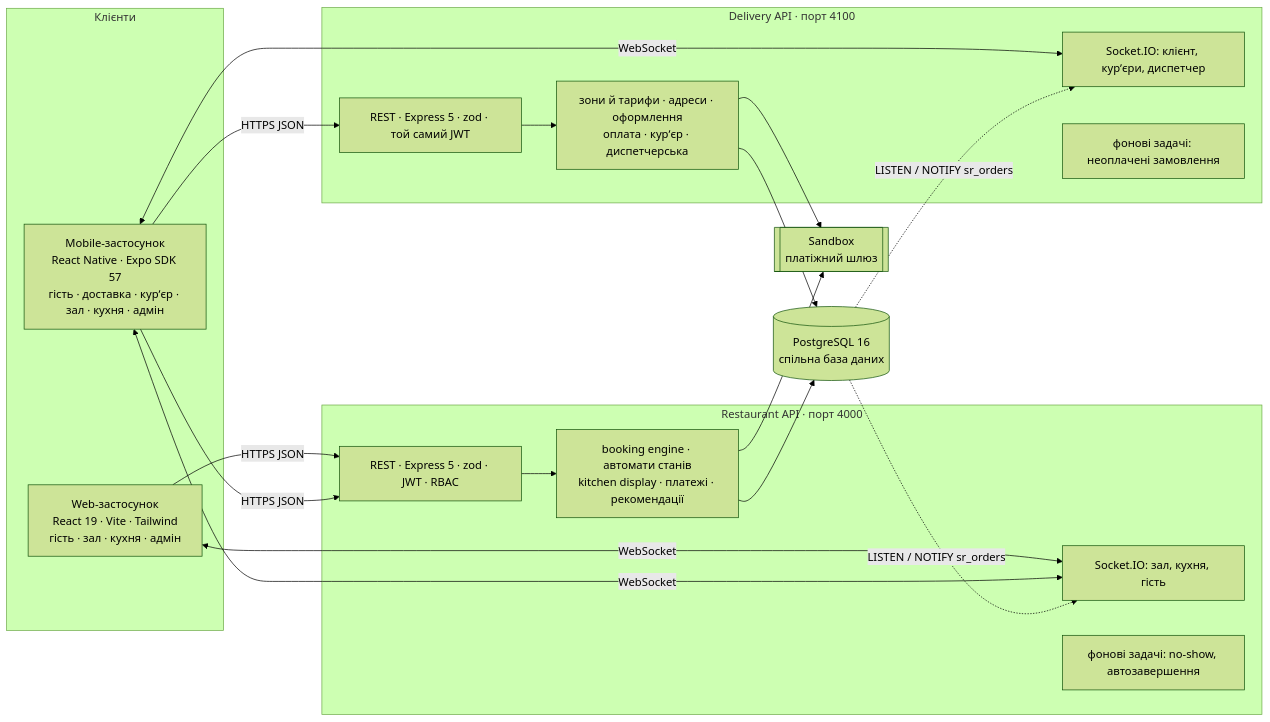
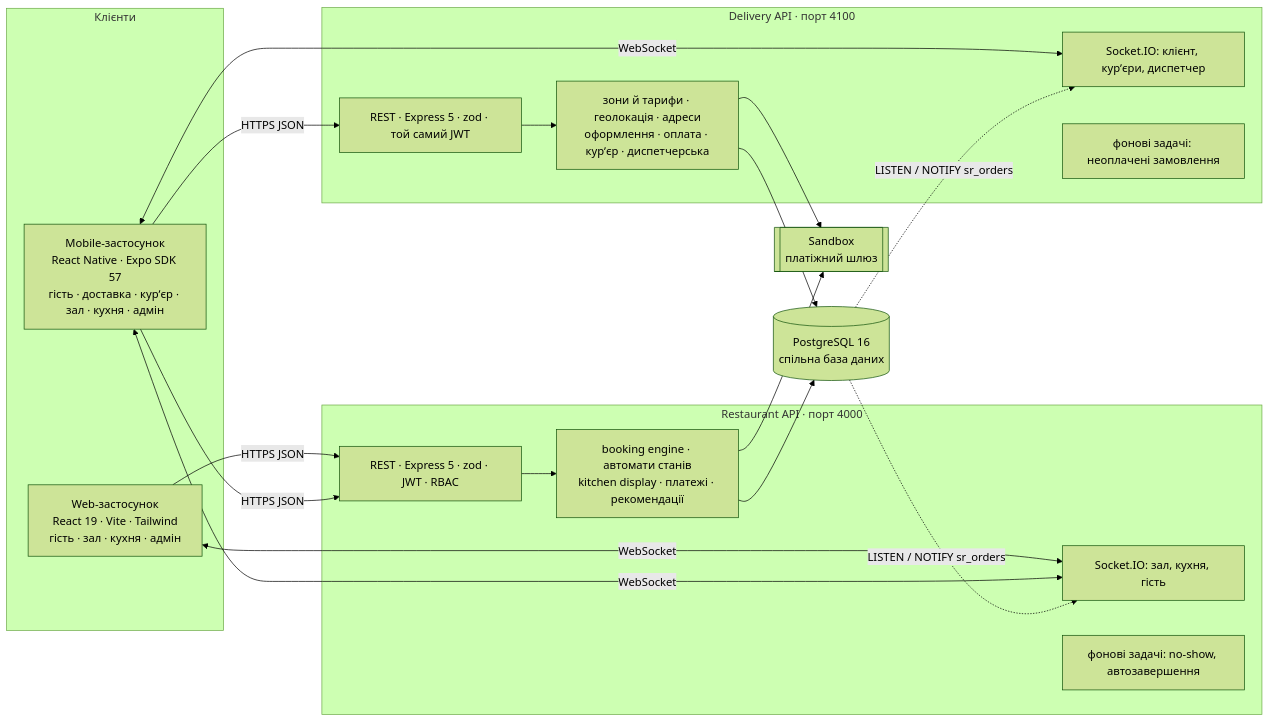
One commit to OMykhantso/SMART-RESTAURANT changed the first of 3 diagrams in docs/04-architecture.md. Above: the diagram before and after it, drawn with Mermaid (forest theme). The commit also changed other lines of this file and 28 other files, not shown here.

````diff
--- a/docs/04-architecture.md
+++ b/docs/04-architecture.md
@@ -5,34 +5,34 @@
 ```mermaid
 flowchart LR
     subgraph Clients[Клієнти]
       W[Web-застосунок<br/>React 19 · Vite · Tailwind<br/>гість · зал · кухня · адмін]
       M[Mobile-застосунок<br/>React Native · Expo SDK 57<br/>гість · доставка · курʼєр · зал · кухня · адмін]
     end
     subgraph R[Restaurant API · порт 4000]
       RAPI[REST · Express 5 · zod · JWT · RBAC]
       RBL[booking engine · автомати станів<br/>kitchen display · платежі · рекомендації]
       RRT[Socket.IO: зал, кухня, гість]
       RJOB[фонові задачі: no-show, автозавершення]
     end
     subgraph D[Delivery API · порт 4100]
       DAPI[REST · Express 5 · zod · той самий JWT]
-      DBL[зони й тарифи · адреси · оформлення<br/>оплата · курʼєр · диспетчерська]
+      DBL[зони й тарифи · геолокація · адреси<br/>оформлення · оплата · курʼєр · диспетчерська]
       DRT[Socket.IO: клієнт, курʼєри, диспетчер]
       DJOB[фонові задачі: неоплачені замовлення]
     end
     DB[(PostgreSQL 16<br/>спільна база даних)]
     PAY[[Sandbox<br/>платіжний шлюз]]
 
     W -- HTTPS JSON --> RAPI
     M -- HTTPS JSON --> RAPI
     M -- HTTPS JSON --> DAPI
     W <-- WebSocket --> RRT
     M <-- WebSocket --> RRT
     M <-- WebSocket --> DRT
     RAPI --> RBL --> DB
     DAPI --> DBL --> DB
     RBL --> PAY
     DBL --> PAY
     DB -. LISTEN / NOTIFY sr_orders .-> RRT
     DB -. LISTEN / NOTIFY sr_orders .-> DRT
 ```
````
